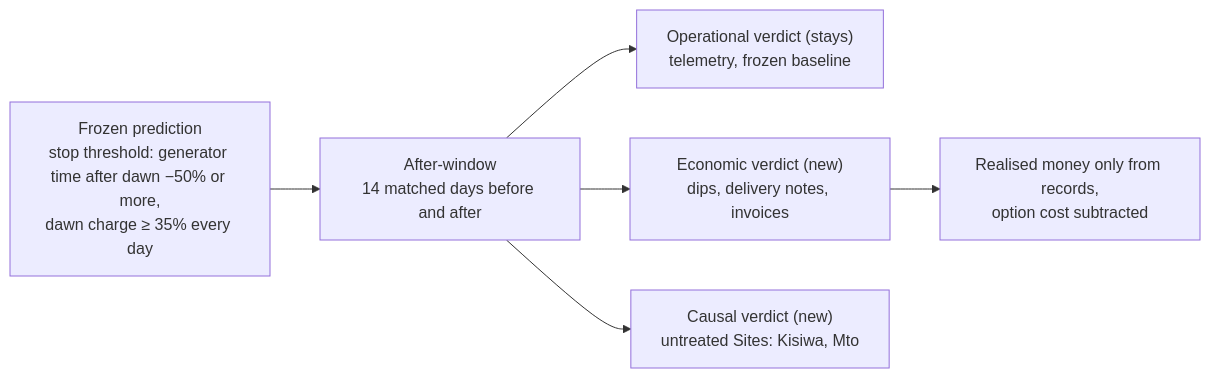
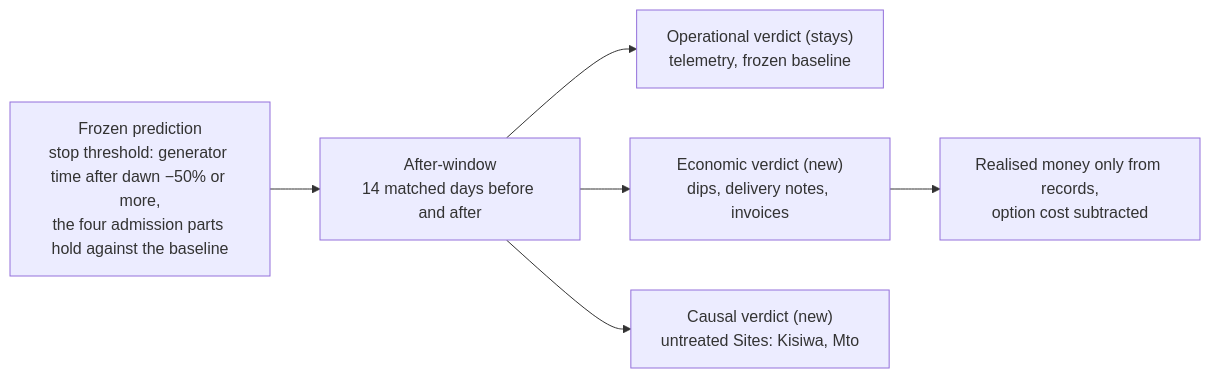
Diagram 15 of 17 in Docs/demo-sprint/product-direction-layer4/layer4-transformation-design.md (bineyame/AssetOpsV1), drawn with Mermaid before and after one commit. The commit also changed other lines of this file and 7 other files, not shown here.

First line of the commit message:
0K4m 3: design, roadmap, phase plan, contracts, loop and delivery docs restated (spec §3)

````diff
--- a/Docs/demo-sprint/product-direction-layer4/layer4-transformation-design.md
+++ b/Docs/demo-sprint/product-direction-layer4/layer4-transformation-design.md
@@ -771,8 +771,8 @@
 ```mermaid
 flowchart LR
-  FP["Frozen prediction<br/>stop threshold: generator time after dawn −50% or more,<br/>dawn charge ≥ 35% every day"] --> W["After-window<br/>14 matched days before and after"]
+  FP["Frozen prediction<br/>stop threshold: generator time after dawn −50% or more,<br/>the four admission parts hold against the baseline"] --> W["After-window<br/>14 matched days before and after"]
   W --> OPV["Operational verdict (stays)<br/>telemetry, frozen baseline"]
   W --> ECV["Economic verdict (new)<br/>dips, delivery notes, invoices"]
   W --> CAV["Causal verdict (new)<br/>untreated Sites: Kisiwa, Mto"]
   ECV --> RM["Realised money only from records,<br/>option cost subtracted"]
 ```
````
